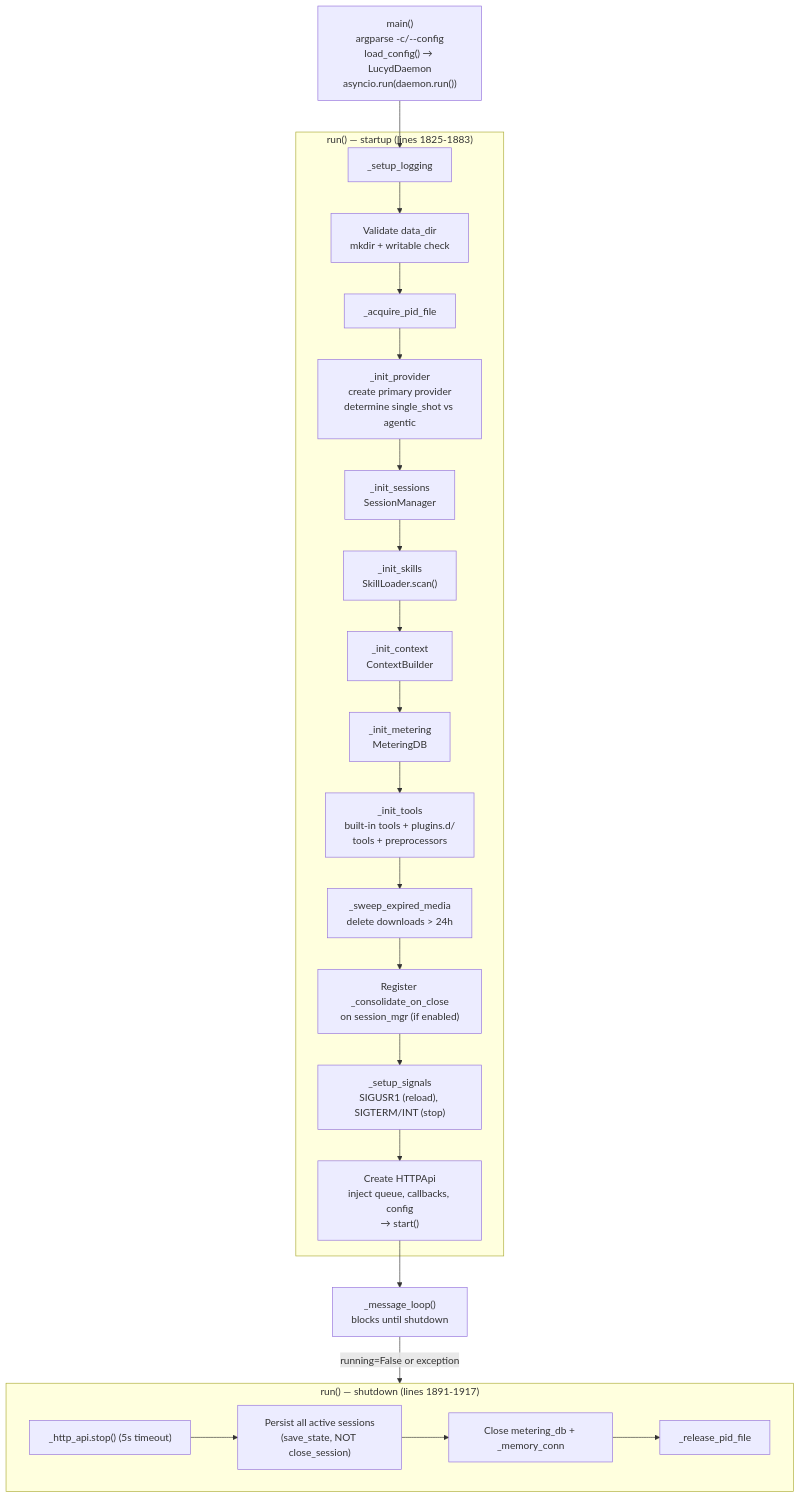
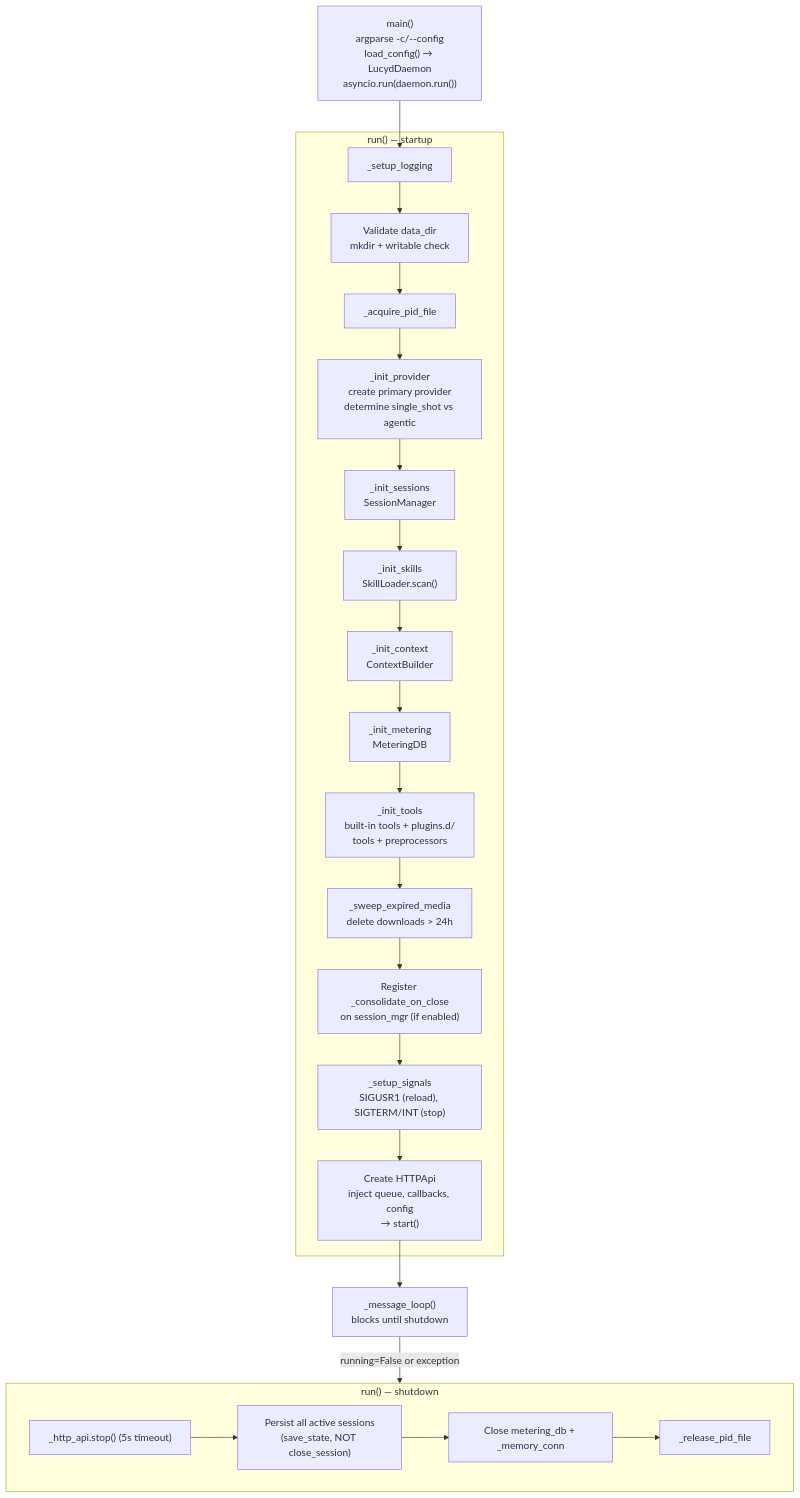
Before and after one commit to nicolasforstinger/lucyd: the tenth of 10 diagrams in docs/diagrams.md, drawn with Mermaid. The commit also changed other lines of this file and 43 other files, not shown here.

````diff
--- a/docs/diagrams.md
+++ b/docs/diagrams.md
@@ -713,35 +711,35 @@
 ```mermaid
 flowchart TD
     MAIN["main()<br/>argparse -c/--config<br/>load_config() → LucydDaemon<br/>asyncio.run(daemon.run())"]
 
-    subgraph Startup["run() — startup (lines 1825-1883)"]
+    subgraph Startup["run() — startup"]
         LOG["_setup_logging"]
         DATADIR["Validate data_dir<br/>mkdir + writable check"]
         PID["_acquire_pid_file"]
         PROVIDER["_init_provider<br/>create primary provider<br/>determine single_shot vs agentic"]
         SESSION["_init_sessions<br/>SessionManager"]
         SKILLS["_init_skills<br/>SkillLoader.scan()"]
         CONTEXT["_init_context<br/>ContextBuilder"]
         METER["_init_metering<br/>MeteringDB"]
         TOOLS["_init_tools<br/>built-in tools + plugins.d/<br/>tools + preprocessors"]
         MEDIA["_sweep_expired_media<br/>delete downloads > 24h"]
         CONSOL["Register _consolidate_on_close<br/>on session_mgr (if enabled)"]
         SIGNALS["_setup_signals<br/>SIGUSR1 (reload), SIGTERM/INT (stop)"]
         HTTP["Create HTTPApi<br/>inject queue, callbacks, config<br/>→ start()"]
     end
 
     RUN["_message_loop()<br/>blocks until shutdown"]
 
-    subgraph Shutdown["run() — shutdown (lines 1891-1917)"]
+    subgraph Shutdown["run() — shutdown"]
         STOP_HTTP["_http_api.stop() (5s timeout)"]
         PERSIST["Persist all active sessions<br/>(save_state, NOT close_session)"]
         CLOSE_DB["Close metering_db + _memory_conn"]
         RELEASE["_release_pid_file"]
     end
 
     MAIN --> LOG --> DATADIR --> PID
     PID --> PROVIDER --> SESSION --> SKILLS --> CONTEXT --> METER --> TOOLS
     TOOLS --> MEDIA --> CONSOL --> SIGNALS --> HTTP --> RUN
     RUN -->|"running=False or exception"| Shutdown
     STOP_HTTP --> PERSIST --> CLOSE_DB --> RELEASE
 ```
````
